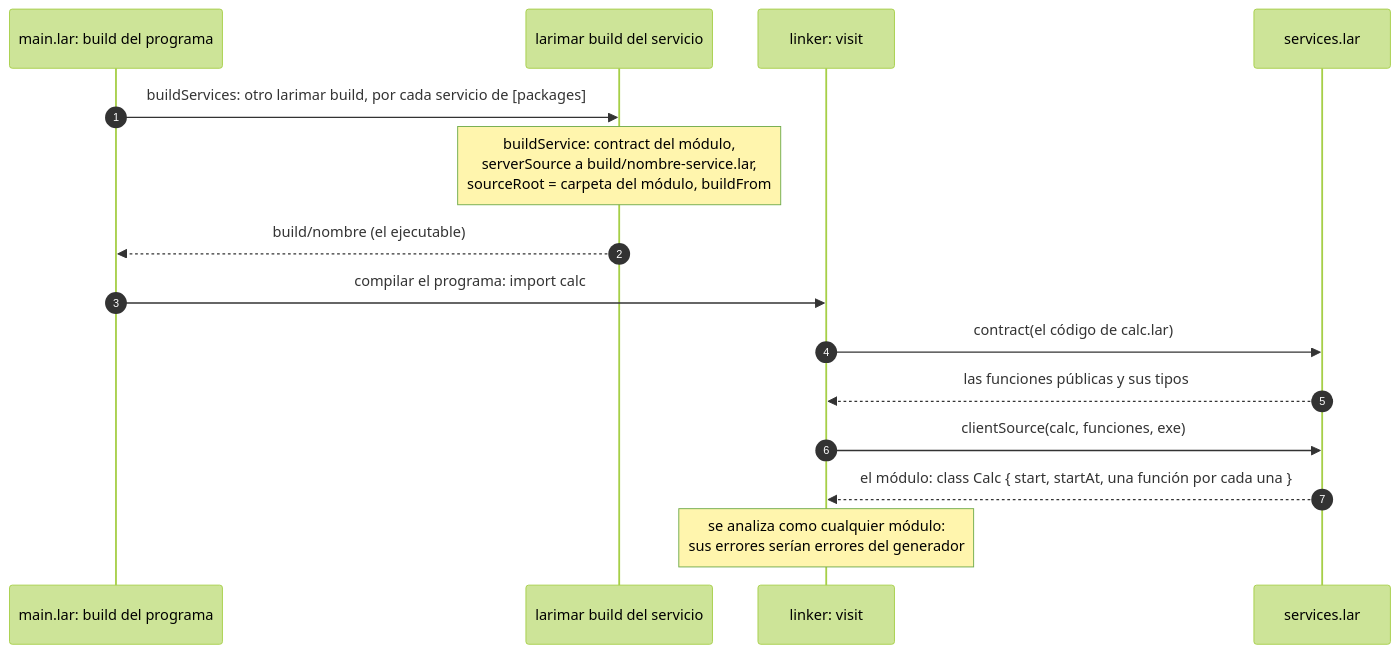
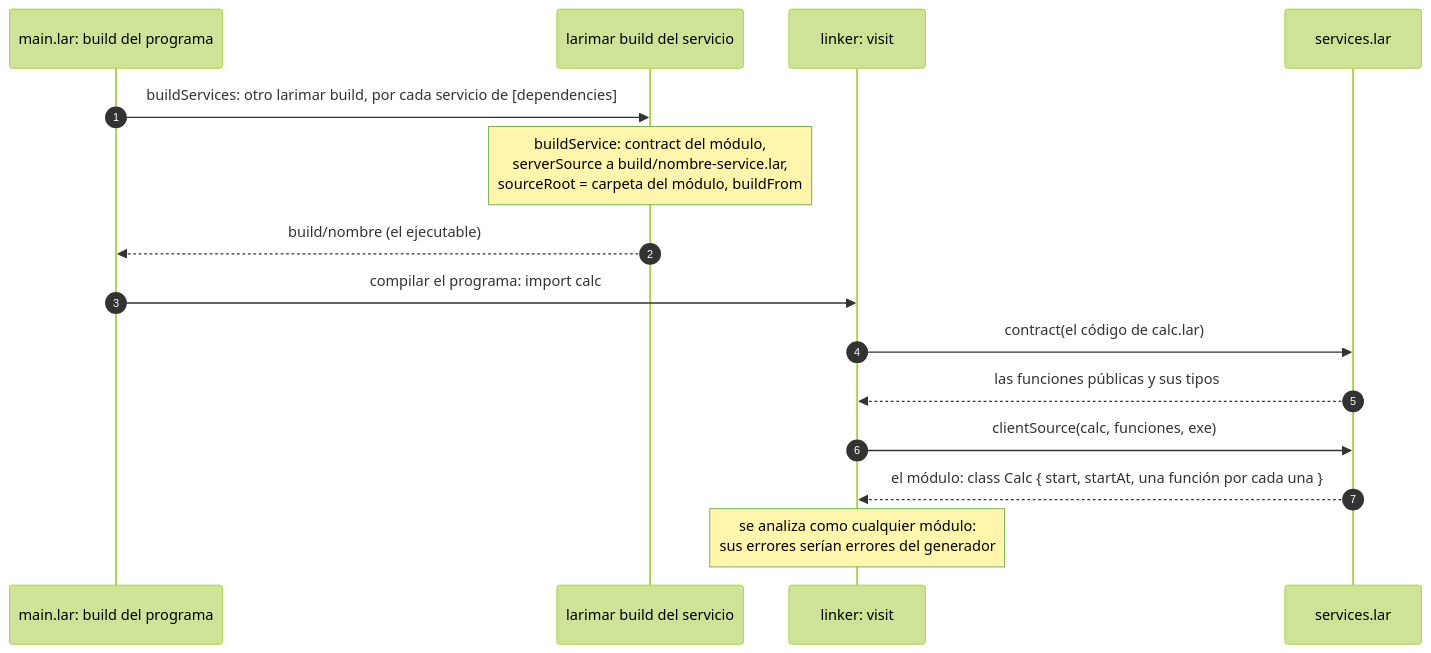
Before and after one commit to zerh/larimar: the fourth of 7 diagrams in docs/compiler-libraries.es.md, drawn with Mermaid (forest theme). The commit also changed other lines of this file and 102 other files, not shown here.

````diff
--- a/docs/compiler-libraries.es.md
+++ b/docs/compiler-libraries.es.md
@@ -127,18 +129,18 @@
 ```mermaid
 sequenceDiagram
     autonumber
     participant B as main.lar: build del programa
     participant SB as larimar build del servicio
     participant K as linker: visit
     participant SV as services.lar
 
-    B->>SB: buildServices: otro larimar build, por cada servicio de [packages]
+    B->>SB: buildServices: otro larimar build, por cada servicio de [dependencies]
     Note over SB: buildService: contract del módulo,<br/>serverSource a build/nombre-service.lar,<br/>sourceRoot = carpeta del módulo, buildFrom
     SB-->>B: build/nombre (el ejecutable)
     B->>K: compilar el programa: import calc
     K->>SV: contract(el código de calc.lar)
     SV-->>K: las funciones públicas y sus tipos
     K->>SV: clientSource(calc, funciones, exe)
     SV-->>K: el módulo: class Calc { start, startAt, una función por cada una }
     Note over K: se analiza como cualquier módulo:<br/>sus errores serían errores del generador
 ```
````
